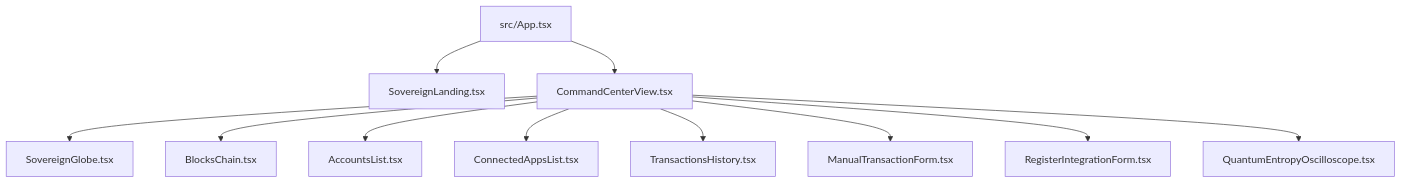
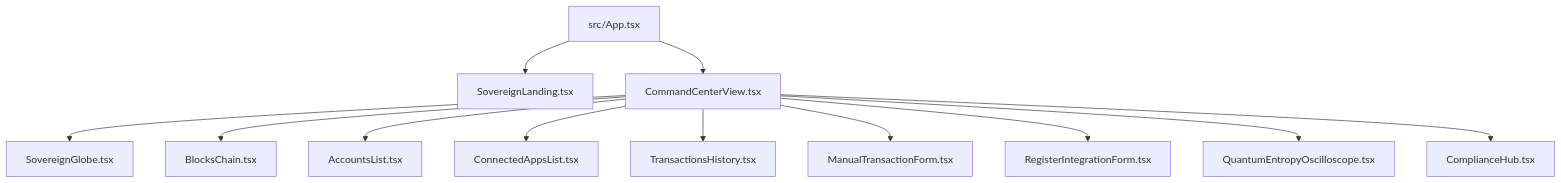
One commit to StavoMidnite661/SOVR-Core-Gateway-Explorer changed the diagram in src/components/README.md. Above: the diagram before and after it, drawn with Mermaid. The commit also changed other lines of this file and 9 other files, not shown here.

First line of the commit message:
feat(dashboard): add compliance hub and UI enhancements

````diff
--- a/src/components/README.md
+++ b/src/components/README.md
@@ -9,15 +11,16 @@
 ```mermaid
 graph TD
     App[src/App.tsx]
     App --> SovereignLanding[SovereignLanding.tsx]
     App --> CommandCenterView[CommandCenterView.tsx]
     
     CommandCenterView --> SovereignGlobe[SovereignGlobe.tsx]
     CommandCenterView --> BlocksChain[BlocksChain.tsx]
     CommandCenterView --> AccountsList[AccountsList.tsx]
     CommandCenterView --> ConnectedAppsList[ConnectedAppsList.tsx]
     CommandCenterView --> TransactionsHistory[TransactionsHistory.tsx]
     CommandCenterView --> ManualTransactionForm[ManualTransactionForm.tsx]
     CommandCenterView --> RegisterIntegrationForm[RegisterIntegrationForm.tsx]
     CommandCenterView --> QuantumEntropyOscilloscope[QuantumEntropyOscilloscope.tsx]
+    CommandCenterView --> ComplianceHub[ComplianceHub.tsx]
 ```
````
